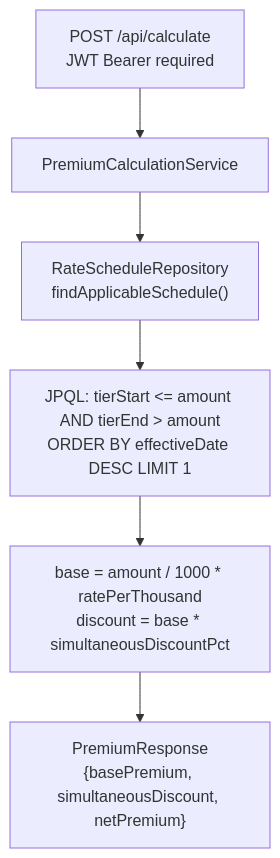
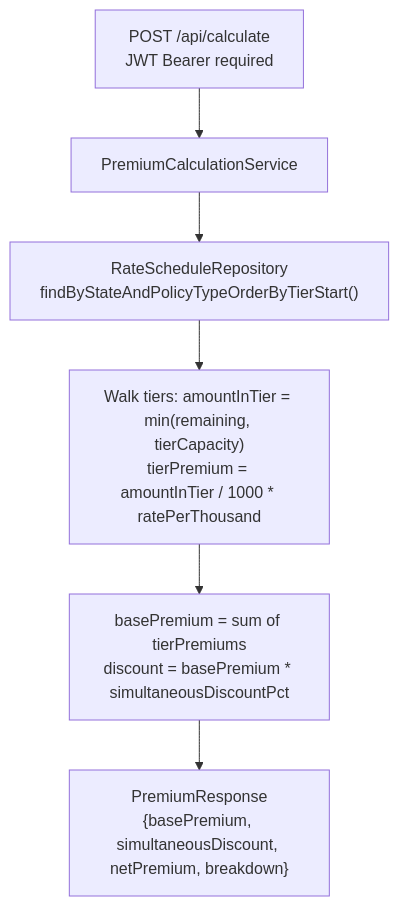
One commit to coreystevensdev/titlerate-java changed the diagram in README.md. Above: the diagram before and after it, drawn with Mermaid. The commit also changed other lines of this file, not shown here.

Commit message:
Update README to reflect multi-tier bracket accumulation

````diff
--- a/README.md
+++ b/README.md
@@ -17,8 +17,8 @@
 ```mermaid
 flowchart TD
     A["POST /api/calculate\nJWT Bearer required"] --> B[PremiumCalculationService]
-    B --> C["RateScheduleRepository\nfindApplicableSchedule()"]
-    C --> D["JPQL: tierStart <= amount AND tierEnd > amount\nORDER BY effectiveDate DESC LIMIT 1"]
-    D --> E["base = amount / 1000 * ratePerThousand\ndiscount = base * simultaneousDiscountPct"]
-    E --> F["PremiumResponse\n{basePremium, simultaneousDiscount, netPremium}"]
+    B --> C["RateScheduleRepository\nfindByStateAndPolicyTypeOrderByTierStart()"]
+    C --> D["Walk tiers: amountInTier = min(remaining, tierCapacity)\ntierPremium = amountInTier / 1000 * ratePerThousand"]
+    D --> E["basePremium = sum of tierPremiums\ndiscount = basePremium * simultaneousDiscountPct"]
+    E --> F["PremiumResponse\n{basePremium, simultaneousDiscount, netPremium, breakdown}"]
 ```
````
